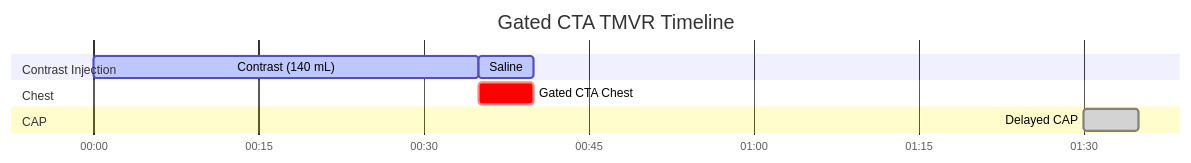
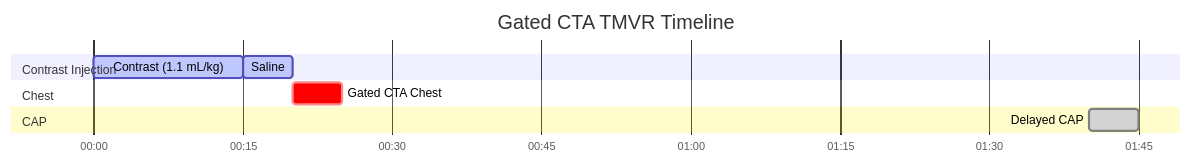
Before and after one commit to dfergs93/radiology-protocols: the diagram in docs/ct/cardiac/gated-cta-tmvr.md, drawn with Mermaid. The commit also changed other lines of this file and 26 other files, not shown here.

````diff
--- a/docs/ct/cardiac/gated-cta-tmvr.md
+++ b/docs/ct/cardiac/gated-cta-tmvr.md
@@ -87,20 +88,20 @@
   ```mermaid
   ---
   displayMode: compact
   config:
     theme: default
     themeCSS: " #Saline{ fill: #4ed5ff; stroke: #2094f3; } "
   ---
     gantt
       title Gated CTA TMVR Timeline
       dateFormat mm:ss
       axisFormat %M:%S 
       
       section Contrast Injection
-      Contrast (140 mL)    :active, contrast, 00:00, 35s
+      Contrast (1.1 mL/kg)    :active, contrast, 00:00, 15s
       Saline          :active, saline, after contrast, 5s
       section Chest
-      Gated CTA Chest    :crit, scan1, after contrast, 5s
+      Gated CTA Chest    :crit, scan1, after saline, 5s
       section CAP
-      Delayed CAP    :done, scan2, 01:30, 5s
+      Delayed CAP    :done, scan2, 01:40, 5s
   ```
````
